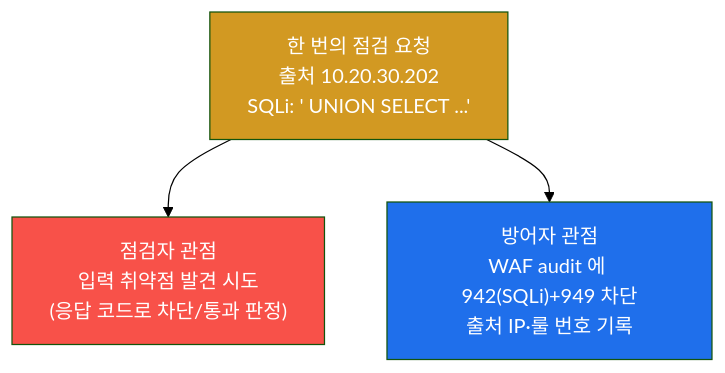
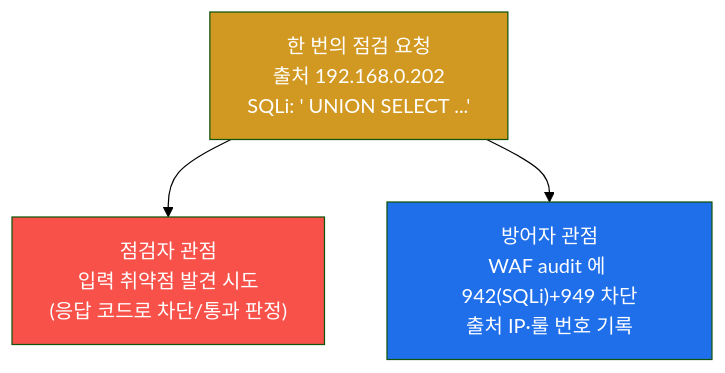
The eighth of 10 diagrams in contents/training/web-vuln/lecture_week08.md (mrgrit/tw2), drawn with Mermaid (forest theme) before and after one commit. The commit also changed other lines of this file and 304 other files, not shown here.

````diff
--- a/contents/training/web-vuln/lecture_week08.md
+++ b/contents/training/web-vuln/lecture_week08.md
@@ -488,11 +488,11 @@
 ```mermaid
 graph TD
-    REQ["한 번의 점검 요청<br/>출처 10.20.30.202<br/>SQLi: ' UNION SELECT ...'"]
+    REQ["한 번의 점검 요청<br/>출처 192.168.0.202<br/>SQLi: ' UNION SELECT ...'"]
     ATK_VIEW["점검자 관점<br/>입력 취약점 발견 시도<br/>(응답 코드로 차단/통과 판정)"]
     DEF_VIEW["방어자 관점<br/>WAF audit 에 942(SQLi)+949 차단<br/>출처 IP·룰 번호 기록"]
     REQ --> ATK_VIEW
     REQ --> DEF_VIEW
     style REQ fill:#d29922,color:#fff
     style ATK_VIEW fill:#f85149,color:#fff
     style DEF_VIEW fill:#1f6feb,color:#fff
 ```
````
